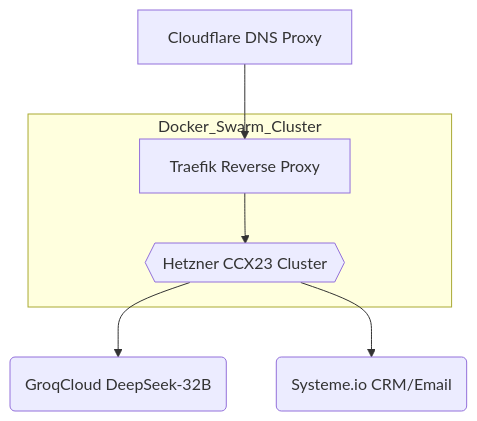
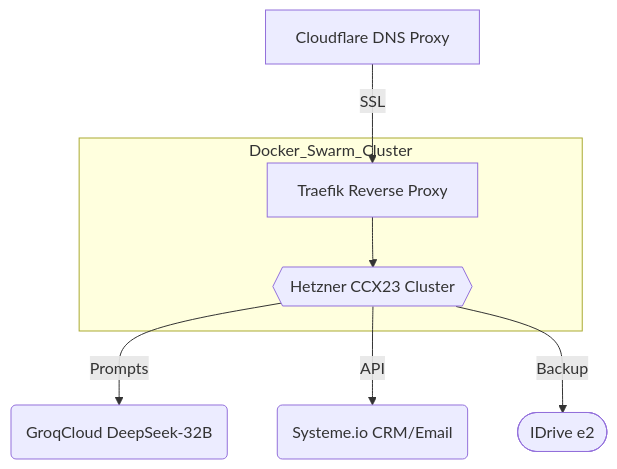
One commit to deepbrainspace/deepbrain-stack changed the first of 4 diagrams in projects/bnb/v6-b.md. Above: the diagram before and after it, drawn with Mermaid. The commit also changed other lines of this file, not shown here.

````diff
--- a/projects/bnb/v6-b.md
+++ b/projects/bnb/v6-b.md
@@ -37,9 +38,10 @@
 ```mermaid
 flowchart TD
-    U[Cloudflare DNS Proxy] --> E[Traefik Reverse Proxy]
+    U[Cloudflare DNS Proxy] -->|SSL| E[Traefik Reverse Proxy]
     subgraph Docker_Swarm_Cluster
         E --> Q{{Hetzner CCX23 Cluster}}
     end
-    Q --> T(GroqCloud DeepSeek-32B)
-    Q --> V(Systeme.io CRM/Email)
+    Q -->|Prompts| T(GroqCloud DeepSeek-32B)
+    Q -->|API| V(Systeme.io CRM/Email)
+    Q -->|Backup| I([IDrive e2])
 ```
````
